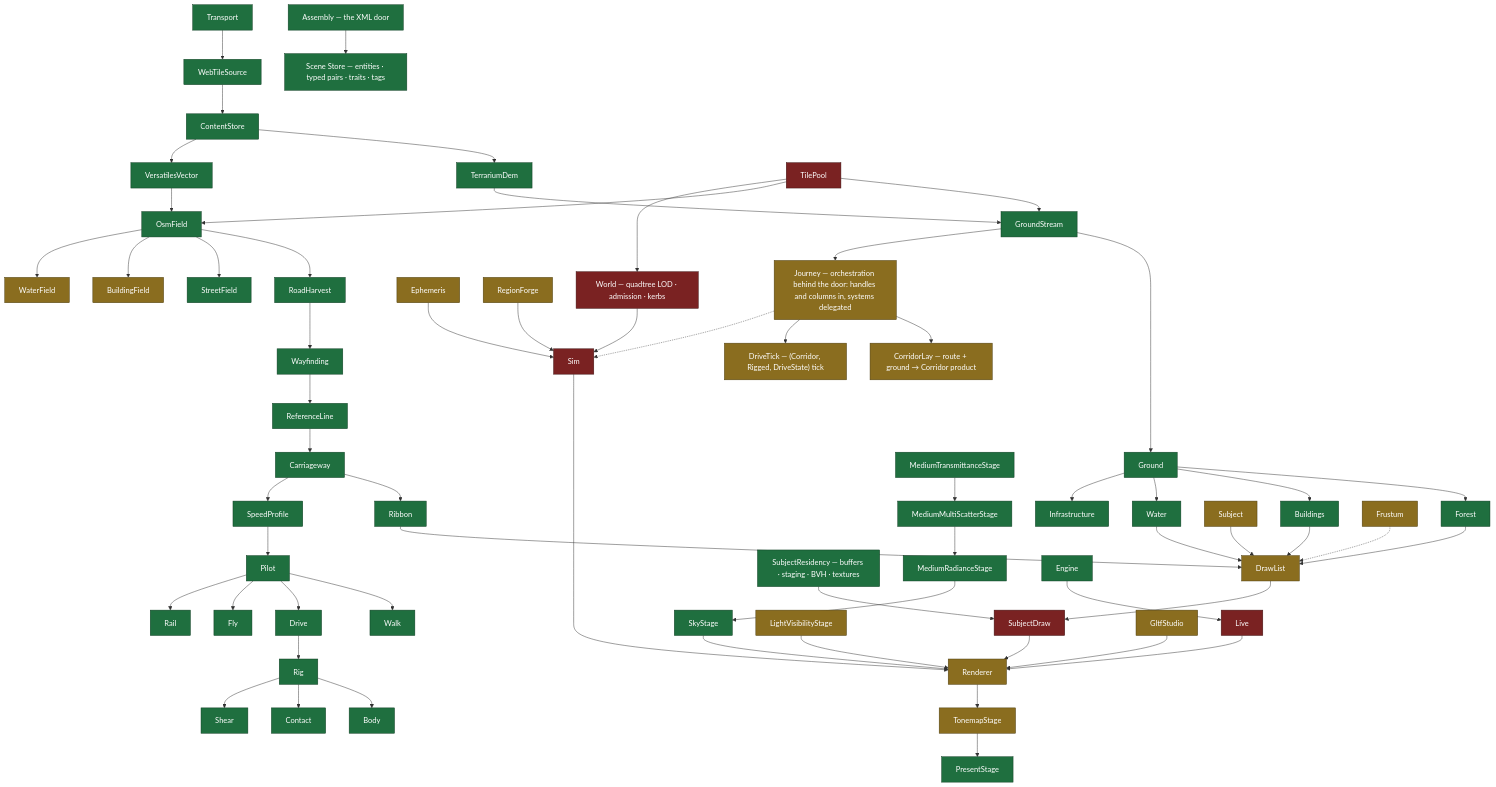
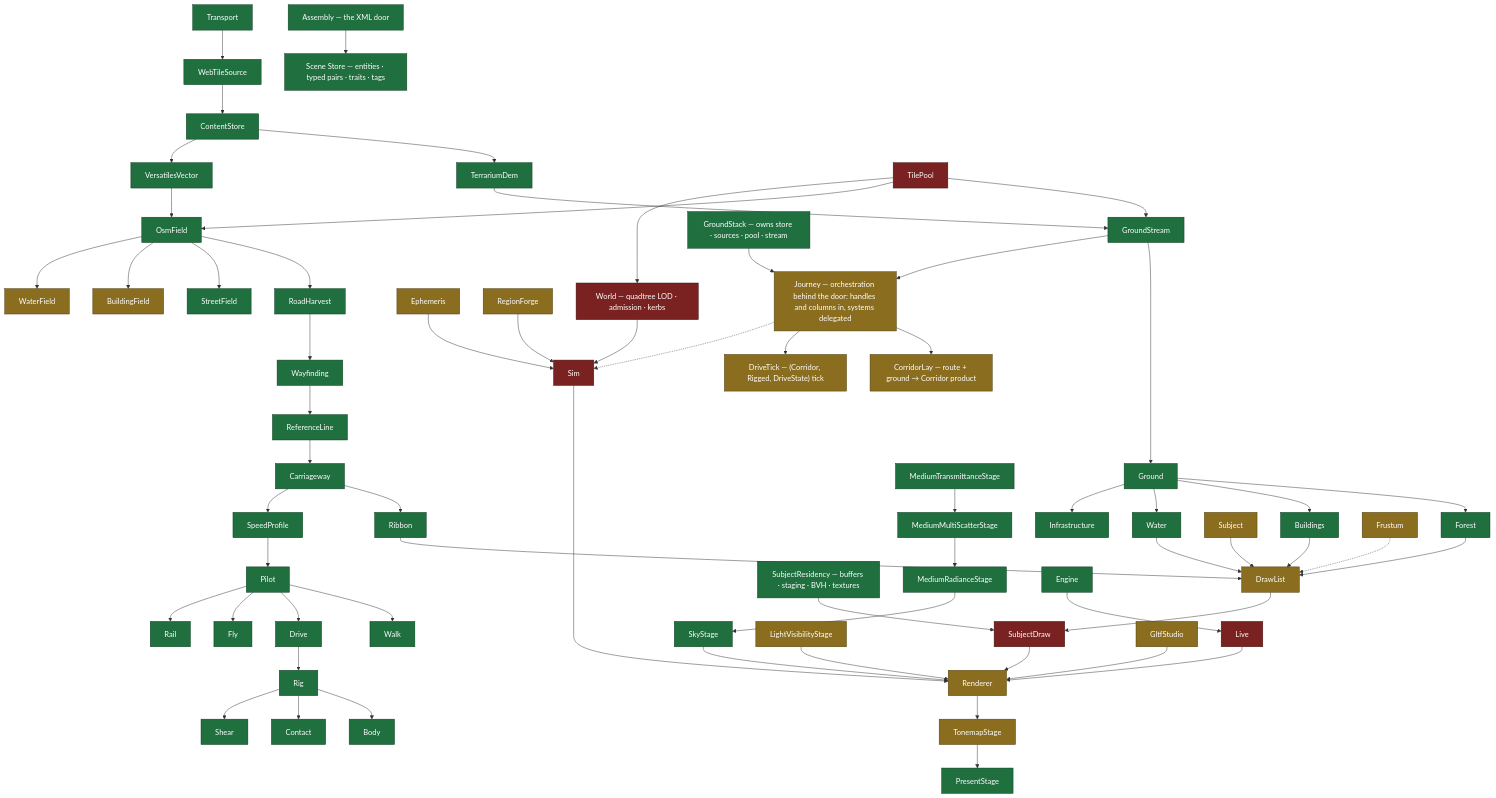
Before and after one commit to Weichwolf/outshine: the sixth of 11 diagrams in CLAUDE.md, drawn with Mermaid. The commit also changed 10 other files, not shown here.

First line of the commit message:
board:1581 move 2e slice 1 -- the ground column stands alone as World::GroundStack

````diff
--- a/CLAUDE.md
+++ b/CLAUDE.md
@@ -185,37 +185,39 @@
 ```mermaid
 flowchart TD
   Transport --> WebTileSource --> ContentStore --> TerrariumDem & VersatilesVector
   TerrariumDem --> GroundStream
   TilePool --> GroundStream & OsmField
   VersatilesVector --> OsmField --> RoadHarvest --> Wayfinding
   OsmField --> StreetField & BuildingField & WaterField
   GroundStream --> Ground --> Forest & Buildings & Water & Infrastructure
   Wayfinding --> ReferenceLine --> Carriageway --> Ribbon
   Carriageway --> SpeedProfile --> Pilot --> Walk & Drive & Fly & Rail
   Drive --> Rig --> Body
   Rig --> Contact & Shear
   Forest & Buildings & Water & Ribbon & Subject --> DrawList
   DrawList --> SubjectDraw --> Renderer
   SubjectResidency["SubjectResidency — buffers · staging · BVH · textures"] --> SubjectDraw
   MediumTransmittanceStage --> MediumMultiScatterStage --> MediumRadianceStage --> SkyStage --> Renderer
   LightVisibilityStage --> Renderer --> TonemapStage --> PresentStage
   Live --> Renderer
   Ephemeris & RegionForge --> Sim --> Renderer
   Frustum -.-> DrawList
   TilePool --> World["World — quadtree LOD · admission · kerbs"] --> Sim
-  GroundStream --> Journey["Journey — orchestration behind the door: handles and columns in, systems delegated"]
+  GroundStack["GroundStack — owns store · sources · pool · stream"] --> Journey["Journey — orchestration behind the door: handles and columns in, systems delegated"]
+  GroundStream --> Journey
   Journey --> CorridorLay["CorridorLay — route + ground → Corridor product"]
   Journey --> DriveTick["DriveTick — (Corridor, Rigged, DriveState) tick"]
   Journey -.-> Sim
   Engine --> Live
   GltfStudio --> Renderer
   Assembly["Assembly — the XML door"] --> SceneStore["Scene Store — entities · typed pairs · traits · tags"]
 
   classDef sound fill:#1f6f3f,stroke:#0d3b21,color:#fff
   classDef unsure fill:#8a6d1f,stroke:#4a3a0d,color:#fff
   classDef wrong fill:#7a2222,stroke:#3d1111,color:#fff
   class Transport,WebTileSource,ContentStore,TerrariumDem,VersatilesVector,GroundStream,OsmField,RoadHarvest,Wayfinding,StreetField,Ground,Forest,Buildings,Water,Infrastructure,ReferenceLine,Carriageway,Ribbon,SpeedProfile,Pilot,Walk,Drive,Fly,Rail,Rig,Body,Contact,Shear,MediumTransmittanceStage,MediumMultiScatterStage,MediumRadianceStage,SkyStage,PresentStage,Engine,SceneStore,Assembly,SubjectResidency sound
   class BuildingField,WaterField,Subject,DrawList,Renderer,TonemapStage,LightVisibilityStage,Frustum,Ephemeris,RegionForge,GltfStudio unsure
   class TilePool,World,SubjectDraw,Sim,Live wrong
   class Journey,CorridorLay,DriveTick unsure
+  class GroundStack sound
 ```
````
